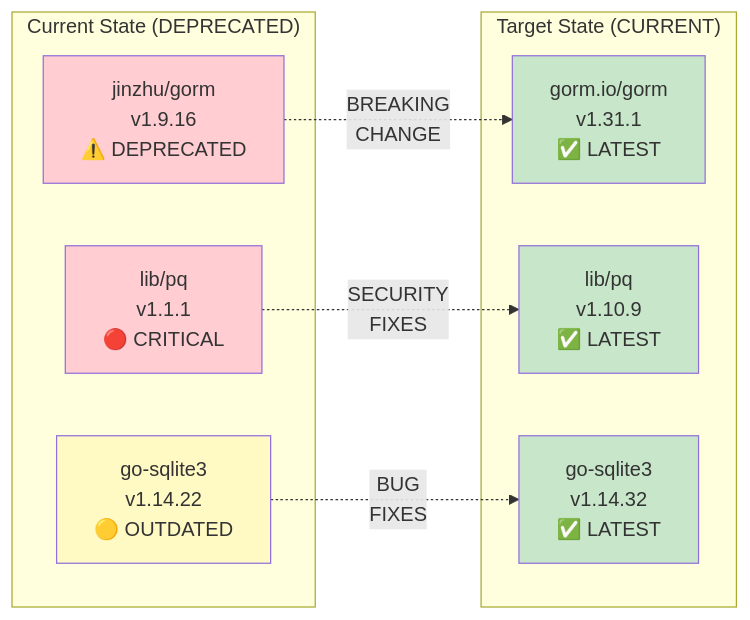
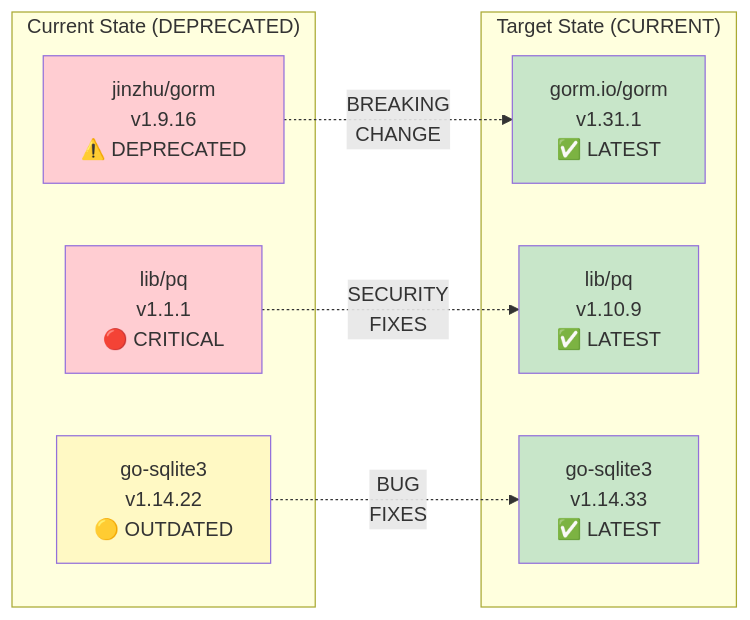
One commit to dxcSithLord/server-go-ssp-gormauthstore changed the ninth of 16 diagrams in docs/ARCHITECTURE.md. Above: the diagram before and after it, drawn with Mermaid. The commit also changed other lines of this file and 15 other files, not shown here.

````diff
--- a/docs/ARCHITECTURE.md
+++ b/docs/ARCHITECTURE.md
@@ -448,26 +444,26 @@
 ```mermaid
 graph LR
     subgraph "Current State (DEPRECATED)"
         OLD_GORM[jinzhu/gorm<br/>v1.9.16<br/>⚠️ DEPRECATED]
         OLD_PQ[lib/pq<br/>v1.1.1<br/>🔴 CRITICAL]
         OLD_SQ[go-sqlite3<br/>v1.14.22<br/>🟡 OUTDATED]
     end
 
     subgraph "Target State (CURRENT)"
         NEW_GORM[gorm.io/gorm<br/>v1.31.1<br/>✅ LATEST]
         NEW_PQ[lib/pq<br/>v1.10.9<br/>✅ LATEST]
-        NEW_SQ[go-sqlite3<br/>v1.14.32<br/>✅ LATEST]
+        NEW_SQ[go-sqlite3<br/>v1.14.33<br/>✅ LATEST]
     end
 
     OLD_GORM -.BREAKING<br/>CHANGE.-> NEW_GORM
     OLD_PQ -.SECURITY<br/>FIXES.-> NEW_PQ
     OLD_SQ -.BUG<br/>FIXES.-> NEW_SQ
 
     style OLD_GORM fill:#ffcdd2
     style OLD_PQ fill:#ffcdd2
     style OLD_SQ fill:#fff9c4
 
     style NEW_GORM fill:#c8e6c9
     style NEW_PQ fill:#c8e6c9
     style NEW_SQ fill:#c8e6c9
 ```
````
